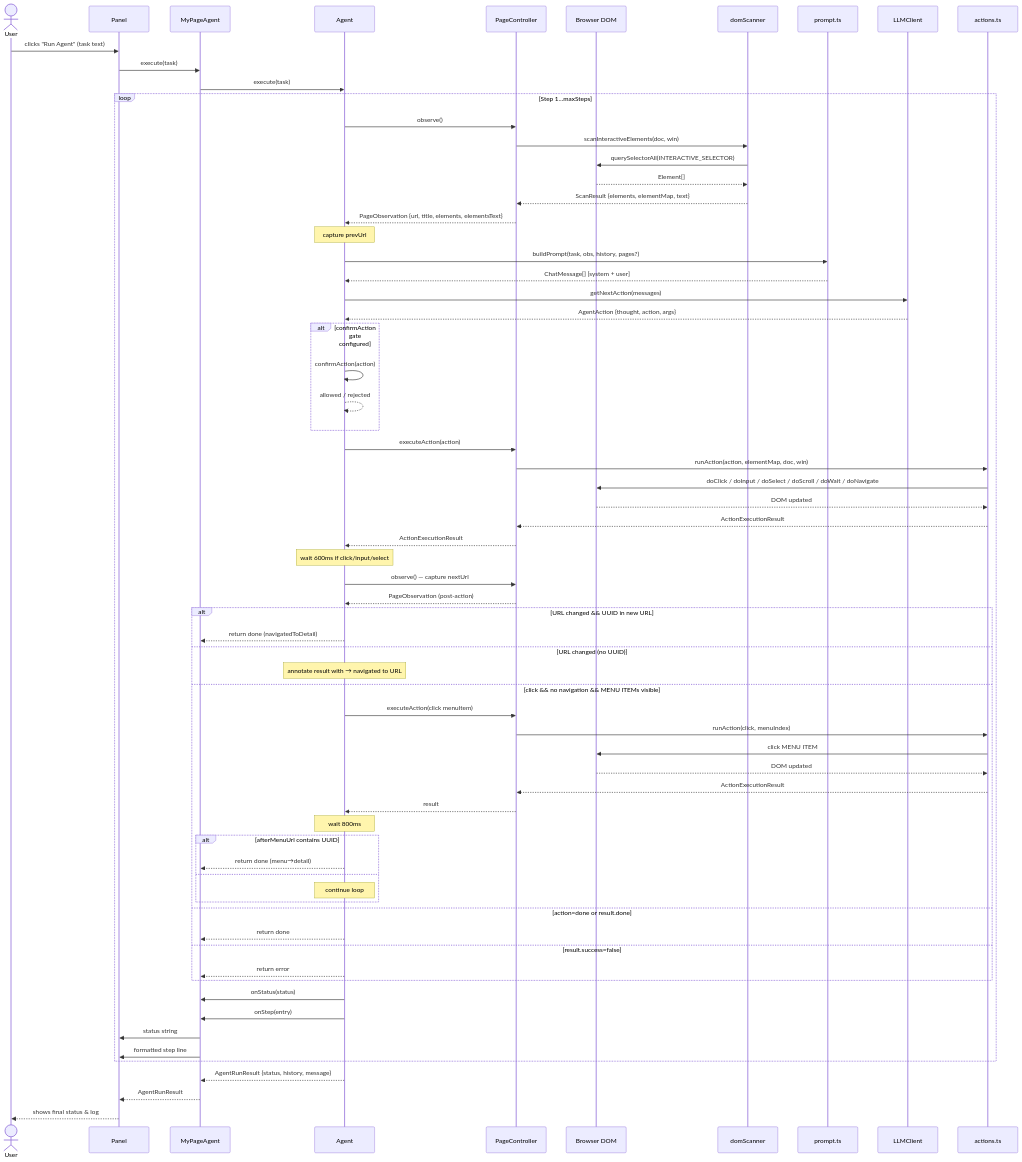
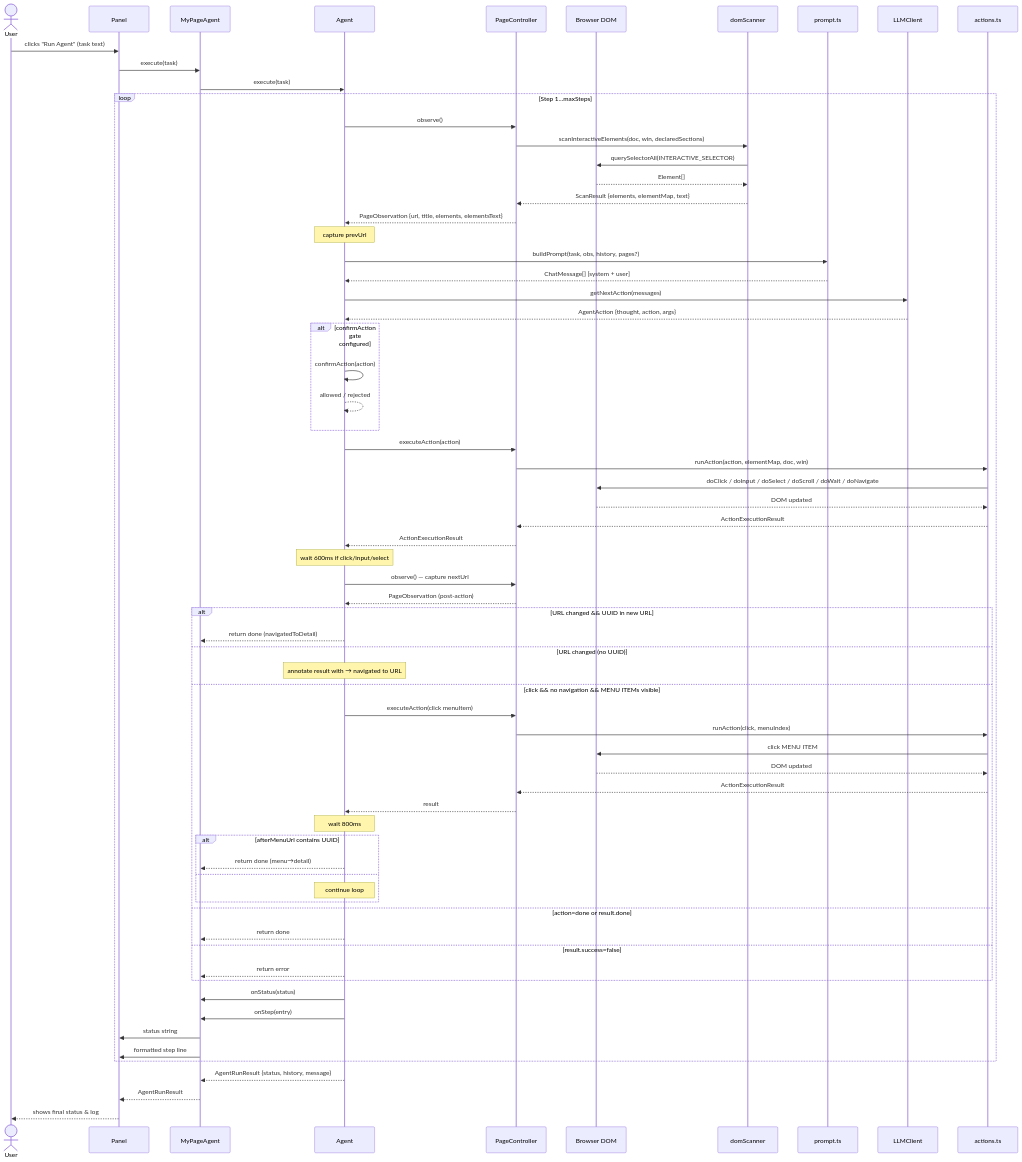
One commit to abd-maqableh/my-page-agent changed the third of 6 diagrams in ARCHITECTURE.md. Above: the diagram before and after it, drawn with Mermaid. The commit also changed other lines of this file and 15 other files, not shown here.

```diff
--- a/ARCHITECTURE.md
+++ b/ARCHITECTURE.md
@@ -199,7 +200,7 @@
 
     loop Step 1…maxSteps
         Agent->>PageCtrl: observe()
-        PageCtrl->>Scanner: scanInteractiveElements(doc, win)
+        PageCtrl->>Scanner: scanInteractiveElements(doc, win, declaredSections)
         Scanner->>DOM: querySelectorAll(INTERACTIVE_SELECTOR)
         DOM-->>Scanner: Element[]
         Scanner-->>PageCtrl: ScanResult {elements, elementMap, text}
```
